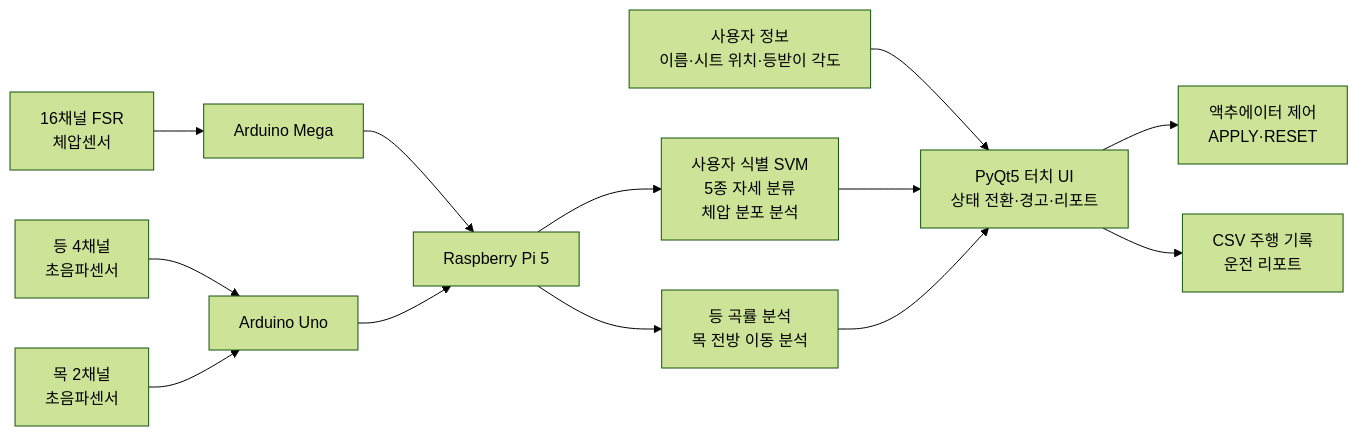
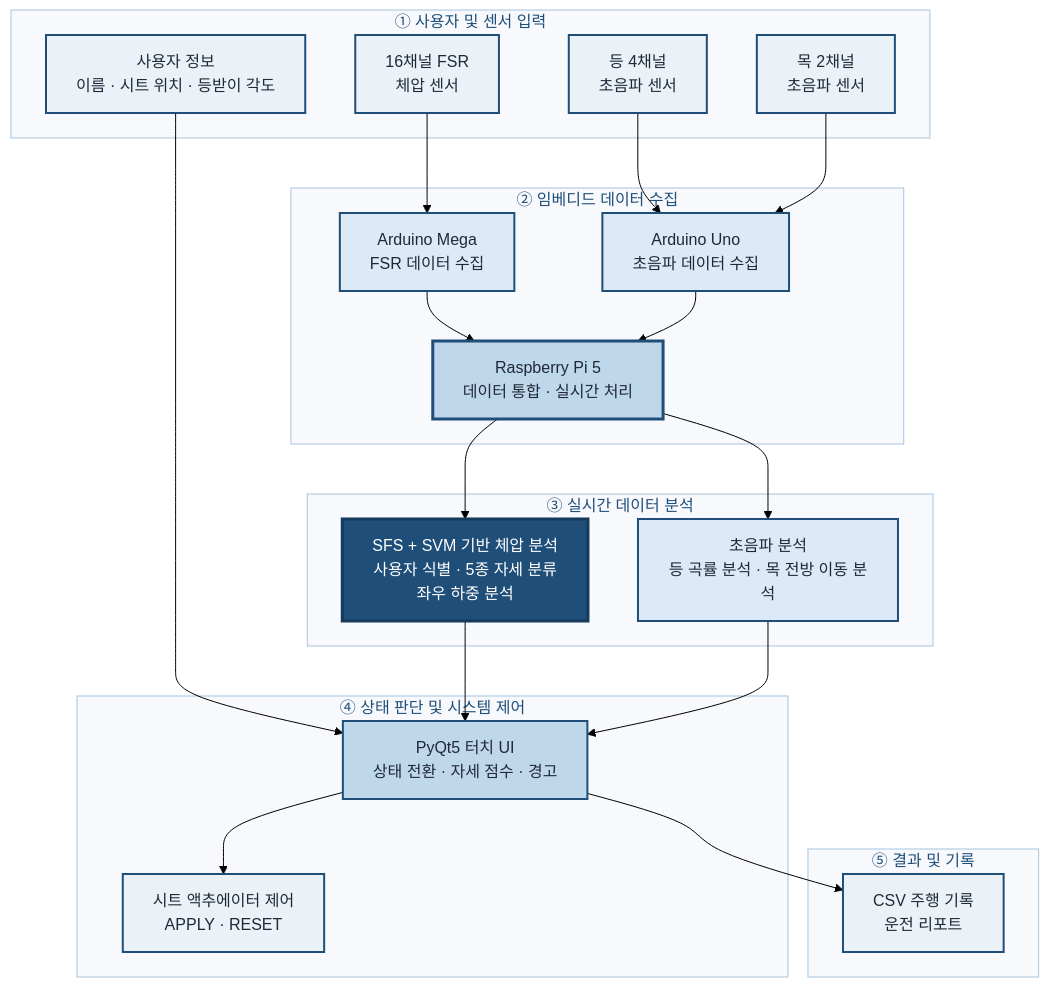
The diagram in README.md (jipark0215/2026ESWContest_free_GAMJA), drawn with Mermaid (forest theme) before and after one commit.

Commit message:
Revise system flowchart and update details
Updated system flowchart and added details about user and sensor input, embedded data collection, analysis, application, and output.

````diff
--- a/README.md
+++ b/README.md
@@ -39,26 +37,51 @@
 ```mermaid
-flowchart LR
-    USER["사용자 정보<br/>이름·시트 위치·등받이 각도"]
+flowchart TB
 
-    FSR["16채널 FSR<br/>체압센서"]
-    BACK["등 4채널<br/>초음파센서"]
-    NECK["목 2채널<br/>초음파센서"]
+    %% ─────────────── INPUT ───────────────
+    subgraph INPUT["① 사용자 및 센서 입력"]
+        USER["사용자 정보<br/>이름 · 시트 위치 · 등받이 각도"]
 
-    ARD1["Arduino Mega"]
-    ARD2["Arduino Uno"]
-    RPI["Raspberry Pi 5"]
+        FSR["16채널 FSR<br/>체압 센서"]
+        BACK["등 4채널<br/>초음파 센서"]
+        NECK["목 2채널<br/>초음파 센서"]
+    end
 
-    PRESSURE["사용자 식별 SVM<br/>5종 자세 분류<br/>체압 분포 분석"]
-    ULTRA["등 곡률 분석<br/>목 전방 이동 분석"]
-    UI["PyQt5 터치 UI<br/>상태 전환·경고·리포트"]
-    CONTROL["액추에이터 제어<br/>APPLY·RESET"]
-    OUTPUT["CSV 주행 기록<br/>운전 리포트"]
+    %% ─────────────── EMBEDDED ───────────────
+    subgraph EMBEDDED["② 임베디드 데이터 수집"]
+        ARD1["Arduino Mega<br/>FSR 데이터 수집"]
+        ARD2["Arduino Uno<br/>초음파 데이터 수집"]
+        RPI["Raspberry Pi 5<br/>데이터 통합 · 실시간 처리"]
+    end
+
+    %% ─────────────── ANALYSIS ───────────────
+    subgraph ANALYSIS["③ 실시간 데이터 분석"]
+        PRESSURE["SFS + SVM 기반 체압 분석<br/>사용자 식별 · 5종 자세 분류<br/>좌우 하중 분석"]
+
+        ULTRA["초음파 분석<br/>등 곡률 분석 · 목 전방 이동 분석"]
+    end
+
+    %% ─────────────── APPLICATION ───────────────
+    subgraph APPLICATION["④ 상태 판단 및 시스템 제어"]
+        UI["PyQt5 터치 UI<br/>상태 전환 · 자세 점수 · 경고"]
+
+        CONTROL["시트 액추에이터 제어<br/>APPLY · RESET"]
+    end
+
+    %% ─────────────── OUTPUT ───────────────
+    subgraph OUTPUT["⑤ 결과 및 기록"]
+        REPORT["CSV 주행 기록<br/>운전 리포트"]
+    end
+
+    %% ─────────────── FLOW ───────────────
 
     USER --> UI
 
-    FSR --> ARD1 --> RPI
-    BACK --> ARD2 --> RPI
+    FSR --> ARD1
+    BACK --> ARD2
     NECK --> ARD2
+
+    ARD1 --> RPI
+    ARD2 --> RPI
 
     RPI --> PRESSURE
     RPI --> ULTRA
@@ -67,5 +90,36 @@
     ULTRA --> UI
 
     UI --> CONTROL
-    UI --> OUTPUT
+    UI --> REPORT
+
+    %% ─────────────── STYLE ───────────────
+
+    %% Input
+    style USER fill:#EAF2F8,stroke:#1F4E79,stroke-width:2px,color:#1F2937
+    style FSR fill:#EAF2F8,stroke:#1F4E79,stroke-width:2px,color:#1F2937
+    style BACK fill:#EAF2F8,stroke:#1F4E79,stroke-width:2px,color:#1F2937
+    style NECK fill:#EAF2F8,stroke:#1F4E79,stroke-width:2px,color:#1F2937
+
+    %% Embedded
+    style ARD1 fill:#DCEAF7,stroke:#1F4E79,stroke-width:2px,color:#1F2937
+    style ARD2 fill:#DCEAF7,stroke:#1F4E79,stroke-width:2px,color:#1F2937
+    style RPI fill:#BFD7EA,stroke:#1F4E79,stroke-width:3px,color:#1F2937
+
+    %% Analysis
+    style PRESSURE fill:#1F4E79,stroke:#163A5C,stroke-width:3px,color:#FFFFFF
+    style ULTRA fill:#DCEAF7,stroke:#1F4E79,stroke-width:2px,color:#1F2937
+
+    %% Application
+    style UI fill:#BFD7EA,stroke:#1F4E79,stroke-width:2px,color:#1F2937
+    style CONTROL fill:#EAF2F8,stroke:#1F4E79,stroke-width:2px,color:#1F2937
+
+    %% Output
+    style REPORT fill:#EAF2F8,stroke:#1F4E79,stroke-width:2px,color:#1F2937
+
+    %% Subgraph Background
+    style INPUT fill:#F7F9FC,stroke:#A9C4DD,stroke-width:1px,color:#1F4E79
+    style EMBEDDED fill:#F7F9FC,stroke:#A9C4DD,stroke-width:1px,color:#1F4E79
+    style ANALYSIS fill:#F7F9FC,stroke:#A9C4DD,stroke-width:1px,color:#1F4E79
+    style APPLICATION fill:#F7F9FC,stroke:#A9C4DD,stroke-width:1px,color:#1F4E79
+    style OUTPUT fill:#F7F9FC,stroke:#A9C4DD,stroke-width:1px,color:#1F4E79
 ```
````
